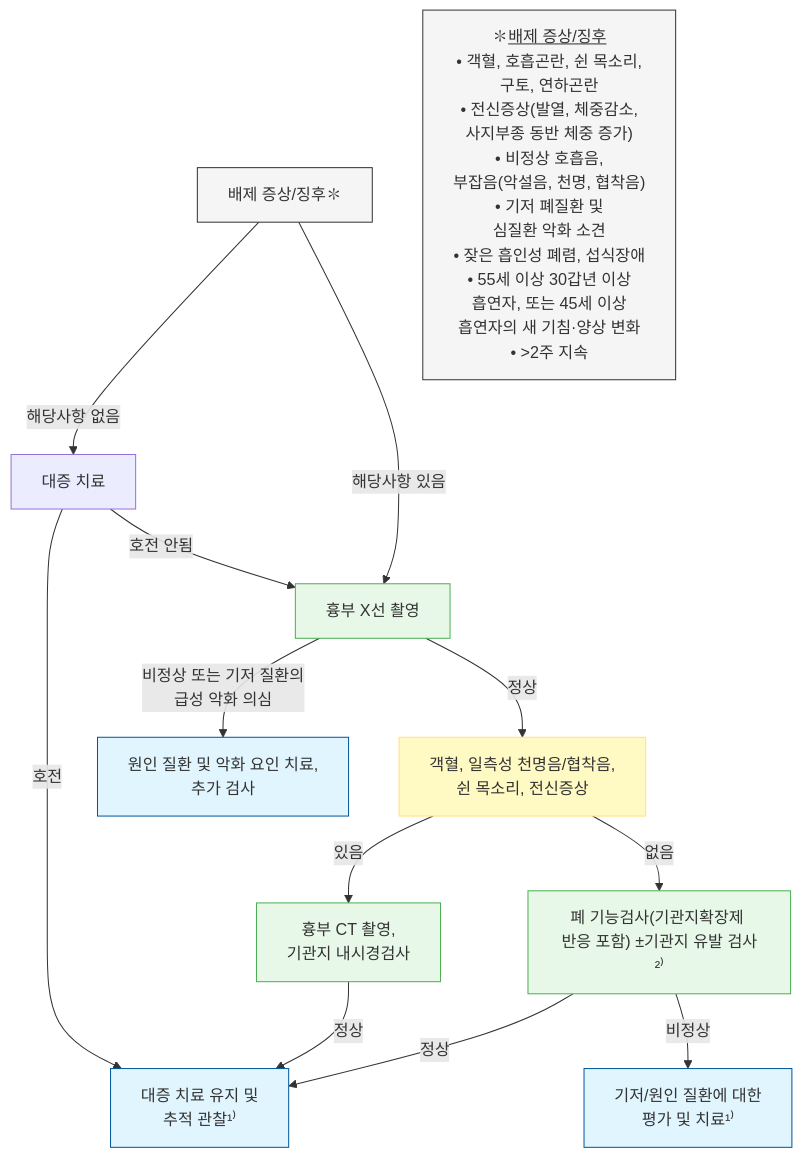
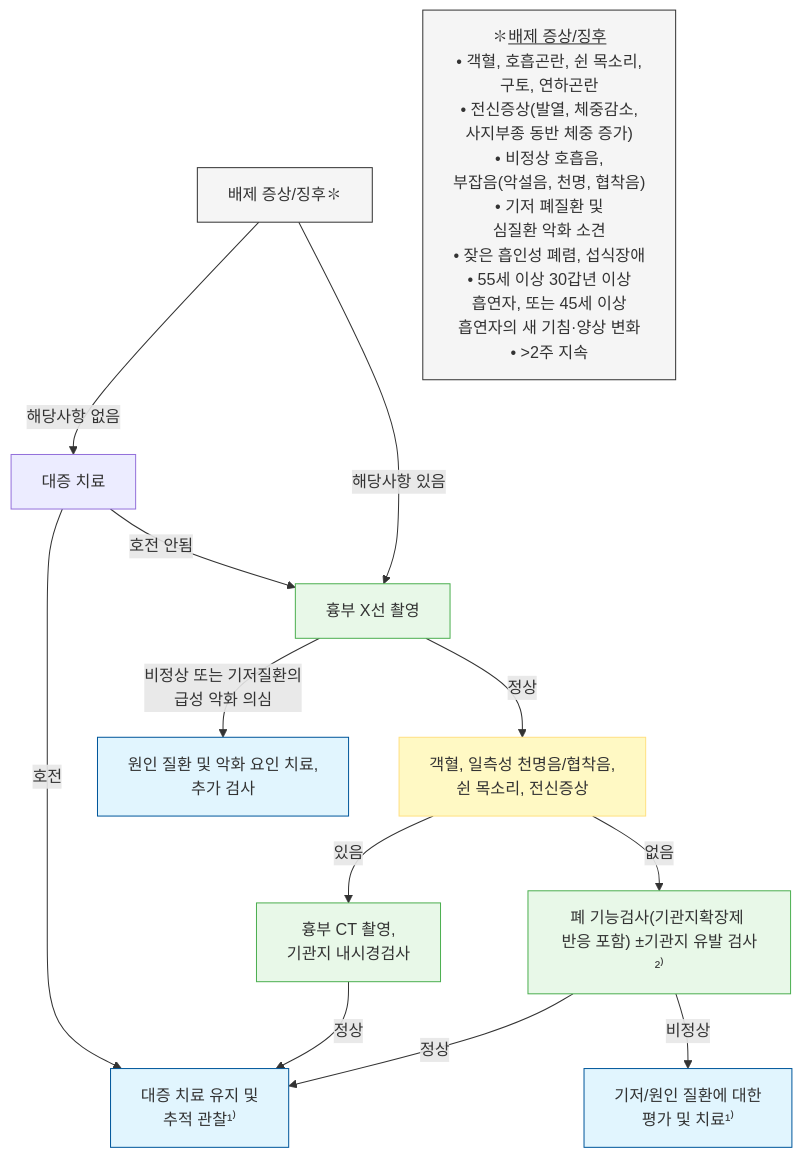
Before and after one commit to familyoh77/familyoh77: the first of 3 diagrams in 220_/006_-cough.md, drawn with Mermaid. The commit also changed other lines of this file and 16 other files, not shown here.

````diff
--- a/220_/006_-cough.md
+++ b/220_/006_-cough.md
@@ -200,27 +200,27 @@
 ```mermaid
 graph TD
     %% 텍스트 양옆에 &emsp;를 추가하여 가로 길이를 강제로 늘립니다.
     Start["배제 증상/징후✽"]
     Start -- "해당사항 없음" --> Symptomatic["대증 치료"]
     FOOTNOTE["✽<u>배제 증상/징후</u><br/>• 객혈, 호흡곤란, 쉰 목소리, <br/>구토, 연하곤란<br/>• 전신증상(발열, 체중감소,<br/> 사지부종 동반 체중 증가)<br/>• 비정상 호흡음, <br/>부잡음(악설음, 천명, 협착음)<br/>• 기저 폐질환 및 <br/>심질환 악화 소견<br/>• 잦은 흡인성 폐렴, 섭식장애<br/>• 55세 이상 30갑년 이상 <br/>흡연자, 또는 45세 이상 <br/>흡연자의 새 기침·양상 변화<br/>• >2주 지속"]
     Symptomatic -- "호전" --> Maintain["대증 치료 유지 및 <br/>추적 관찰¹⁾"]
     Symptomatic -- "호전 안됨" --> Xray  
     Start -- "해당사항 있음" --> Xray["흉부 X선 촬영"]
     Xray -- "정상" --> RedFlags["객혈, 일측성 천명음/협착음,<br/>쉰 목소리, 전신증상"]
-    Xray -- "비정상 또는 기저 질환의 <br/>급성 악화 의심" --> TreatCause["원인 질환 및 악화 요인 치료, <br/>추가 검사"]
+    Xray -- "비정상 또는 기저질환의 <br/>급성 악화 의심" --> TreatCause["원인 질환 및 악화 요인 치료, <br/>추가 검사"]
     RedFlags -- "있음" --> CT["흉부 CT 촬영, <br/>기관지 내시경검사"]
     RedFlags -- "없음" --> PFT["폐 기능검사(기관지확장제 <br/>반응 포함) ±기관지 유발 검사²⁾"]
     CT -- "정상" --> Maintain
     PFT -- "정상" --> Maintain
     PFT -- "비정상" --> TreatBase["기저/원인 질환에 대한 <br/>평가 및 치료¹⁾"]
 style Start fill:#f5f5f5,stroke:#333
 style FOOTNOTE fill:#f5f5f5,stroke:#333
 classDef yellow fill:#fff9c4,stroke:#ffe082
 class RedFlags yellow
 classDef lightGreen fill:#e8f8e8,stroke:#4caf50
 class Xray,CT,PFT lightGreen
     style Maintain fill:#e1f5fe,stroke:#01579b
     style TreatCause fill:#e1f5fe,stroke:#01579b
     style TreatBase fill:#e1f5fe,stroke:#01579b
 
 ```
````
